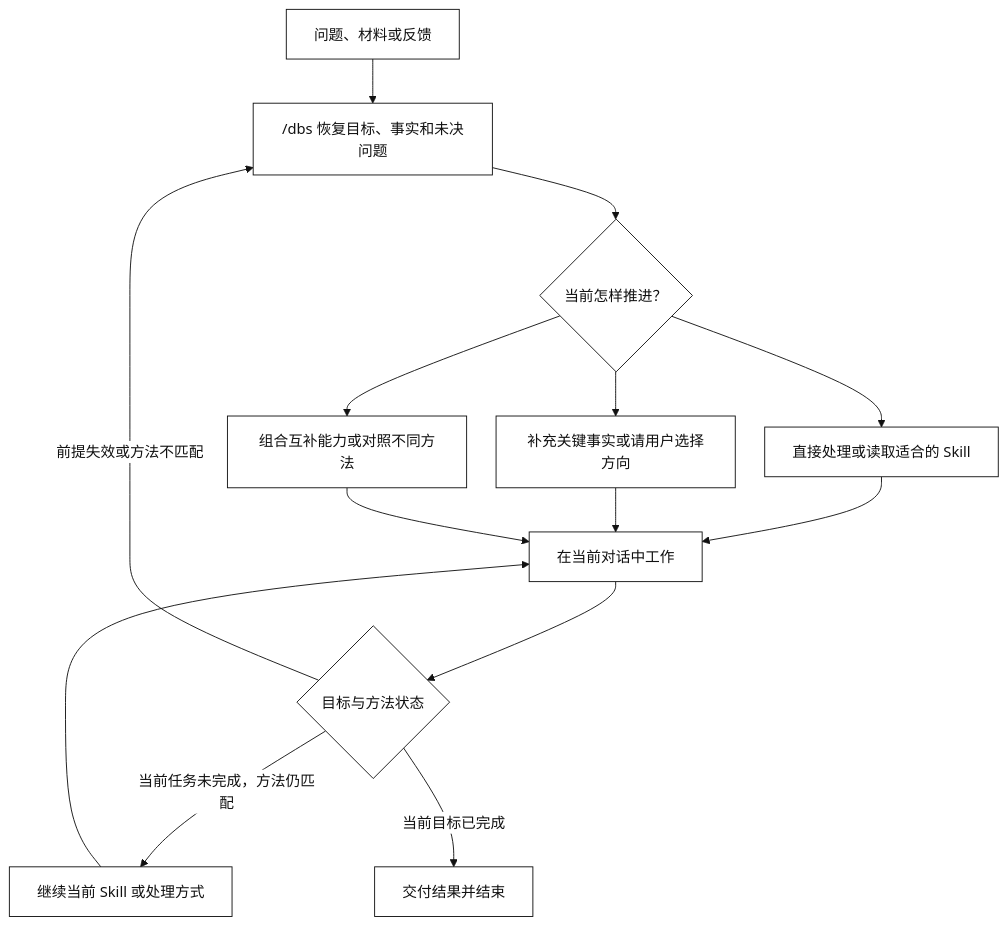
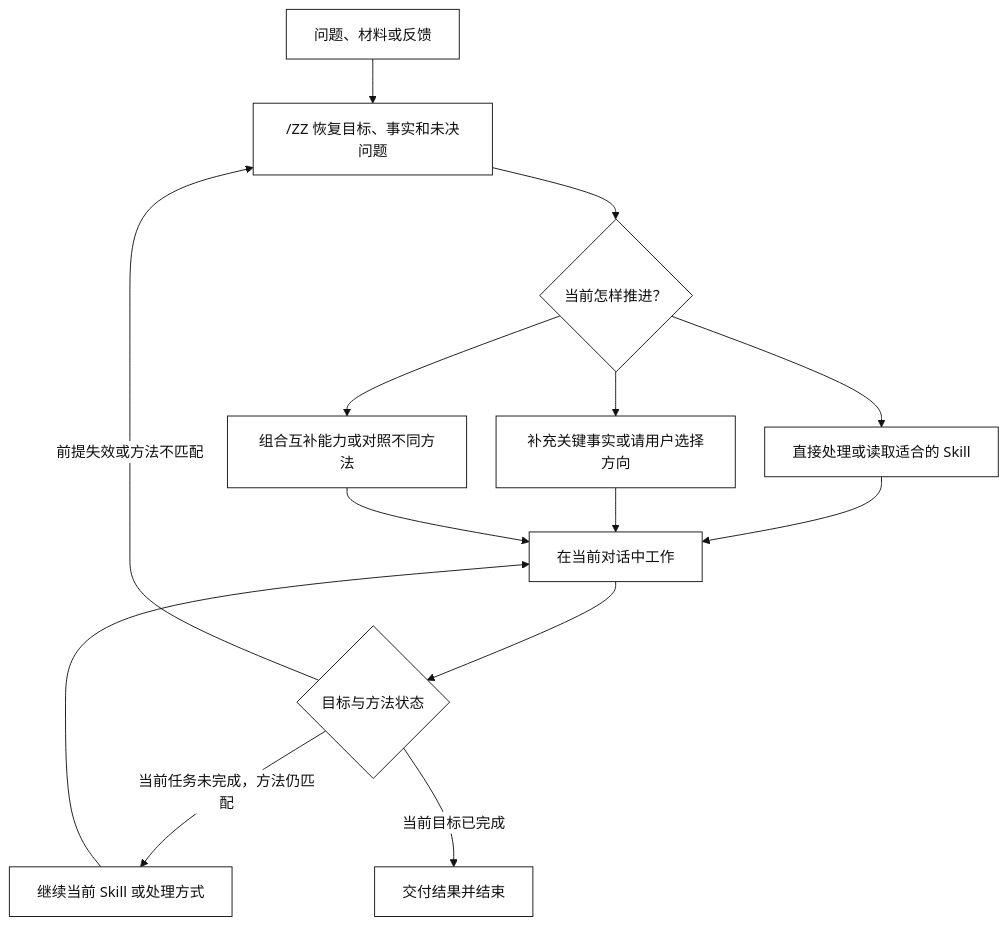
The diagram in docs/skill-link-map.mmd (zhouliu83-hue/zhouzheng-business-diagnosis), drawn with Mermaid before and after one commit. The commit also changed 303 other files, not shown here.

```diff
--- a/docs/skill-link-map.mmd
+++ b/docs/skill-link-map.mmd
@@ -1,43 +1,43 @@
 %%{init: {
   "theme": "base",
   "themeVariables": {
     "background": "#ffffff",
     "primaryColor": "#ffffff",
     "primaryTextColor": "#111111",
     "primaryBorderColor": "#111111",
     "lineColor": "#111111",
     "secondaryColor": "#ffffff",
     "secondaryTextColor": "#111111",
     "secondaryBorderColor": "#111111",
     "tertiaryColor": "#ffffff",
     "tertiaryTextColor": "#111111",
     "tertiaryBorderColor": "#111111",
     "clusterBkg": "#ffffff",
     "clusterBorder": "#111111",
     "defaultLinkColor": "#111111",
     "fontFamily": "Helvetica, Arial, PingFang SC, Microsoft YaHei, sans-serif"
   },
   "flowchart": {
     "htmlLabels": true,
     "curve": "basis",
     "nodeSpacing": 32,
     "rankSpacing": 48
   }
 }}%%
 
 %% 本文件保留编排逻辑草图；README 中的正式 4:3 图示为手工维护的 skill-link-map-4x3.svg。
 
 flowchart TD
-    A["问题、材料或反馈"] --> B["/dbs 恢复目标、事实和未决问题"]
+    A["问题、材料或反馈"] --> B["/ZZ 恢复目标、事实和未决问题"]
     B --> C{"当前怎样推进？"}
     C --> D["直接处理或读取适合的 Skill"]
     C --> E["补充关键事实或请用户选择方向"]
     C --> F["组合互补能力或对照不同方法"]
     D --> G["在当前对话中工作"]
     E --> G
     F --> G
     G --> H{"目标与方法状态"}
     H -->|当前任务未完成，方法仍匹配| I["继续当前 Skill 或处理方式"]
     I --> G
     H -->|前提失效或方法不匹配| B
     H -->|当前目标已完成| J["交付结果并结束"]
```
